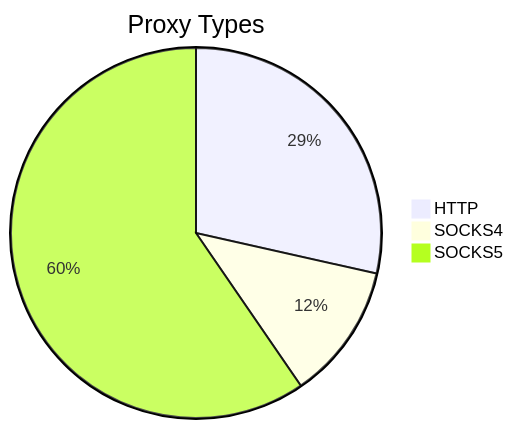
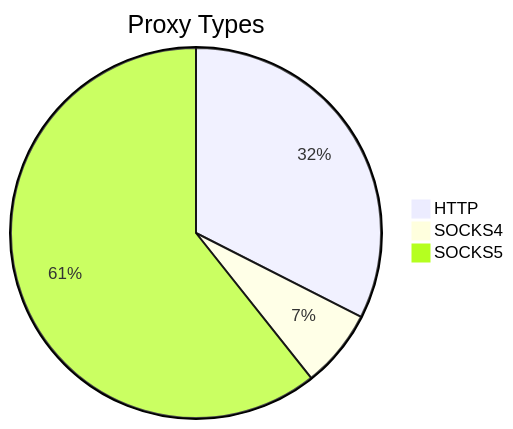
Before and after one commit to stormsia/proxy-list: the first of 2 diagrams in README.md, drawn with Mermaid. The commit also changed other lines of this file, not shown here.

````diff
--- a/README.md
+++ b/README.md
@@ -21,6 +21,6 @@
 ```mermaid
 pie title Proxy Types
-    "HTTP" : 67
-    "SOCKS4" : 28
-    "SOCKS5" : 140
+    "HTTP" : 38
+    "SOCKS4" : 8
+    "SOCKS5" : 71
 ```
````
